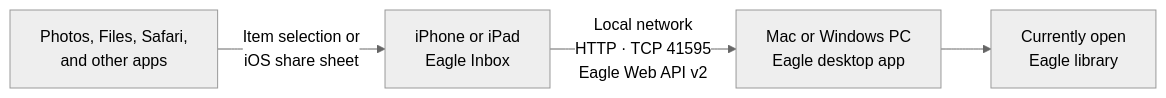
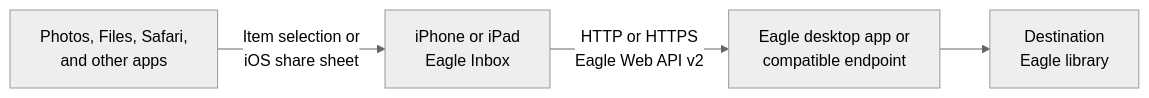
Before and after one commit to tuki0918/eagleinbox: the diagram in README.md, drawn with Mermaid (neutral theme). The commit also changed other lines of this file and 9 other files, not shown here.

Commit message:
feat: Add support for HTTP and HTTPS connections, including confirmation for HTTPS selection

````diff
--- a/README.md
+++ b/README.md
@@ -93,6 +94,6 @@
 ```mermaid
 flowchart LR
     Sources["Photos, Files, Safari,<br/>and other apps"] -->|"Item selection or<br/>iOS share sheet"| Inbox["iPhone or iPad<br/>Eagle Inbox"]
-    Inbox -->|"Local network<br/>HTTP · TCP 41595<br/>Eagle Web API v2"| Eagle["Mac or Windows PC<br/>Eagle desktop app"]
-    Eagle --> Library["Currently open<br/>Eagle library"]
+    Inbox -->|"HTTP or HTTPS<br/>Eagle Web API v2"| Eagle["Eagle desktop app or<br/>compatible endpoint"]
+    Eagle --> Library["Destination<br/>Eagle library"]
 ```
````
